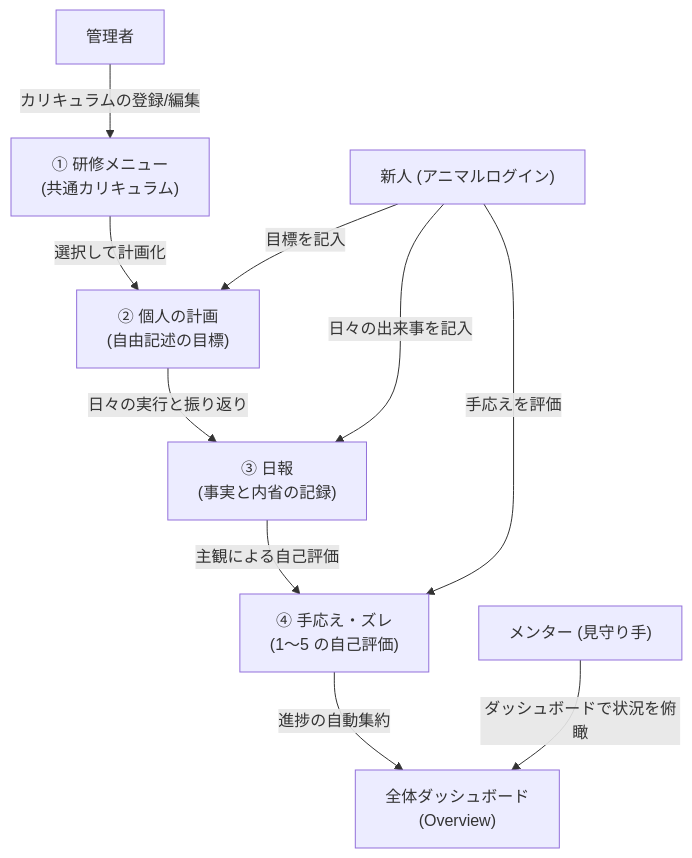
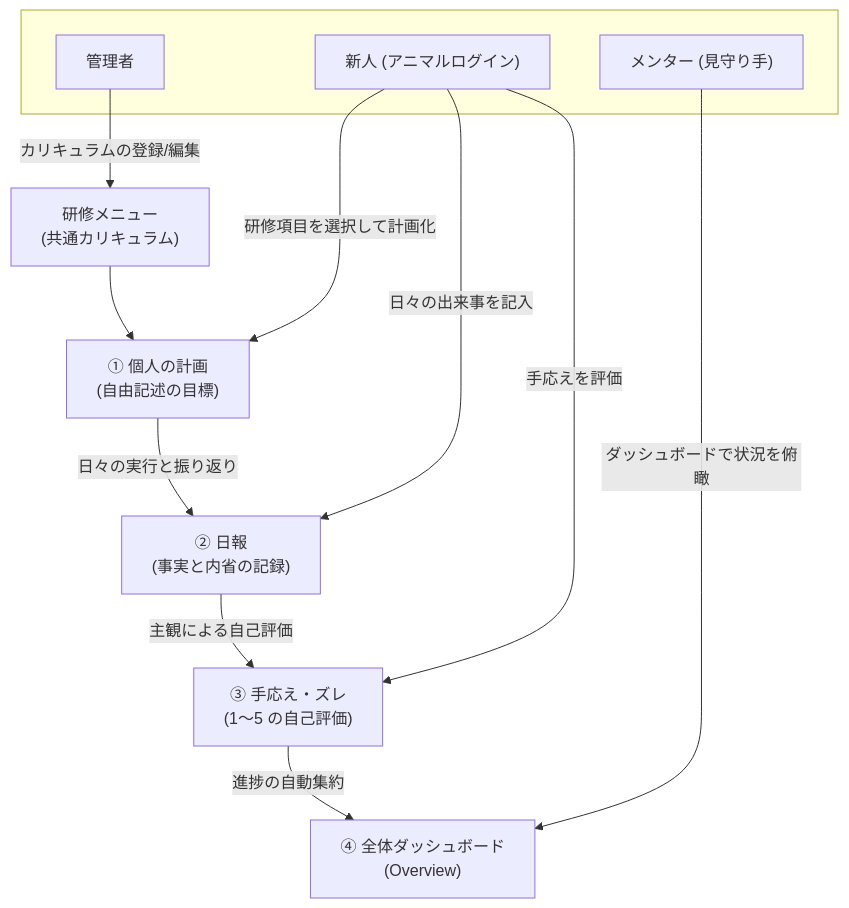
The diagram in README.md (yktsnet/training-scheduler), drawn with Mermaid before and after one commit.

````diff
--- a/README.md
+++ b/README.md
@@ -103,22 +103,24 @@
 ```mermaid
 graph TD
-    %% 1. 関係者を配置
-    Admin["管理者"]
-    Newcomer["新人 (アニマルログイン)"]
-    Mentor["メンター (見守り手)"]
+    %% 1. 関係者を最上部にまとめて配置 (肩書きなしのグループ枠)
+    subgraph Roles [" "]
+        Admin["管理者"]
+        Newcomer["新人 (アニマルログイン)"]
+        Mentor["メンター (見守り手)"]
+    end
 
     %% 2. 下部のデータライフサイクル (左から右への直感的な流れ)
-    Menu["① 研修メニュー <br>(共通カリキュラム)"] -->|選択して計画化| Plan["② 個人の計画 <br>(自由記述の目標)"]
-    Plan -->|日々の実行と振り返り| Report["③ 日報 <br>(事実と内省の記録)"]
-    Report -->|主観による自己評価| Progress["④ 手応え・ズレ <br>(1〜5 の自己評価)"]
-    Progress -->|進捗の自動集約| Dashboard["全体ダッシュボード <br>(Overview)"]
+    Menu["研修メニュー <br>(共通カリキュラム)"] --> Plan["① 個人の計画 <br>(自由記述の目標)"]
+    Plan -->|日々の実行と振り返り| Report["② 日報 <br>(事実と内省の記録)"]
+    Report -->|主観による自己評価| Progress["③ 手応え・ズレ <br>(1〜5 の自己評価)"]
+    Progress -->|進捗の自動集約| Dashboard["④ 全体ダッシュボード <br>(Overview)"]
 
     %% 3. 関係者からデータフローへのアプローチ (上から下への矢印)
     Admin -->|カリキュラムの登録/編集| Menu
     
-    Newcomer -->|目標を記入| Plan
+    Newcomer -->|研修項目を選択して計画化| Plan
     Newcomer -->|日々の出来事を記入| Report
     Newcomer -->|手応えを評価| Progress
     
     Mentor -->|ダッシュボードで状況を俯瞰| Dashboard
 ```
````
